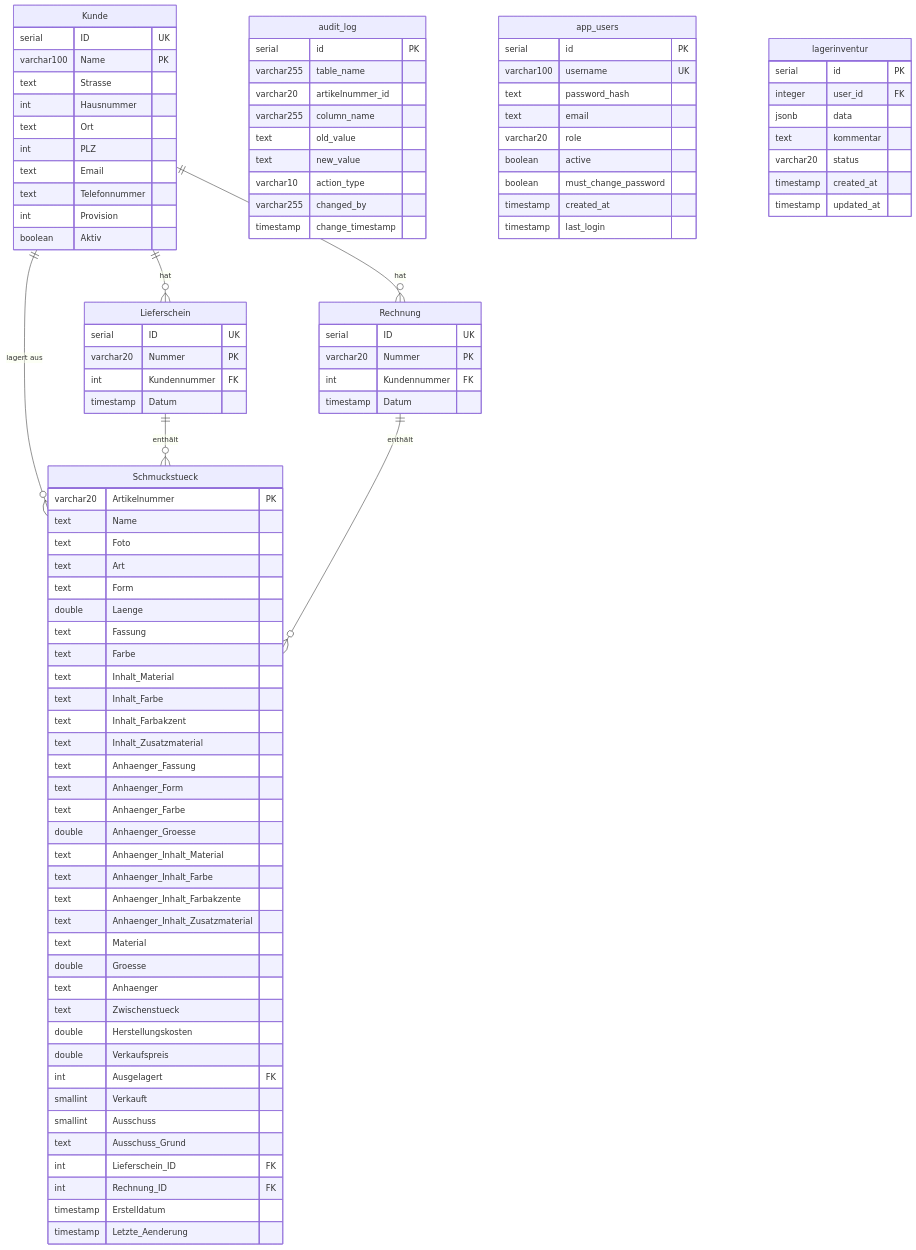
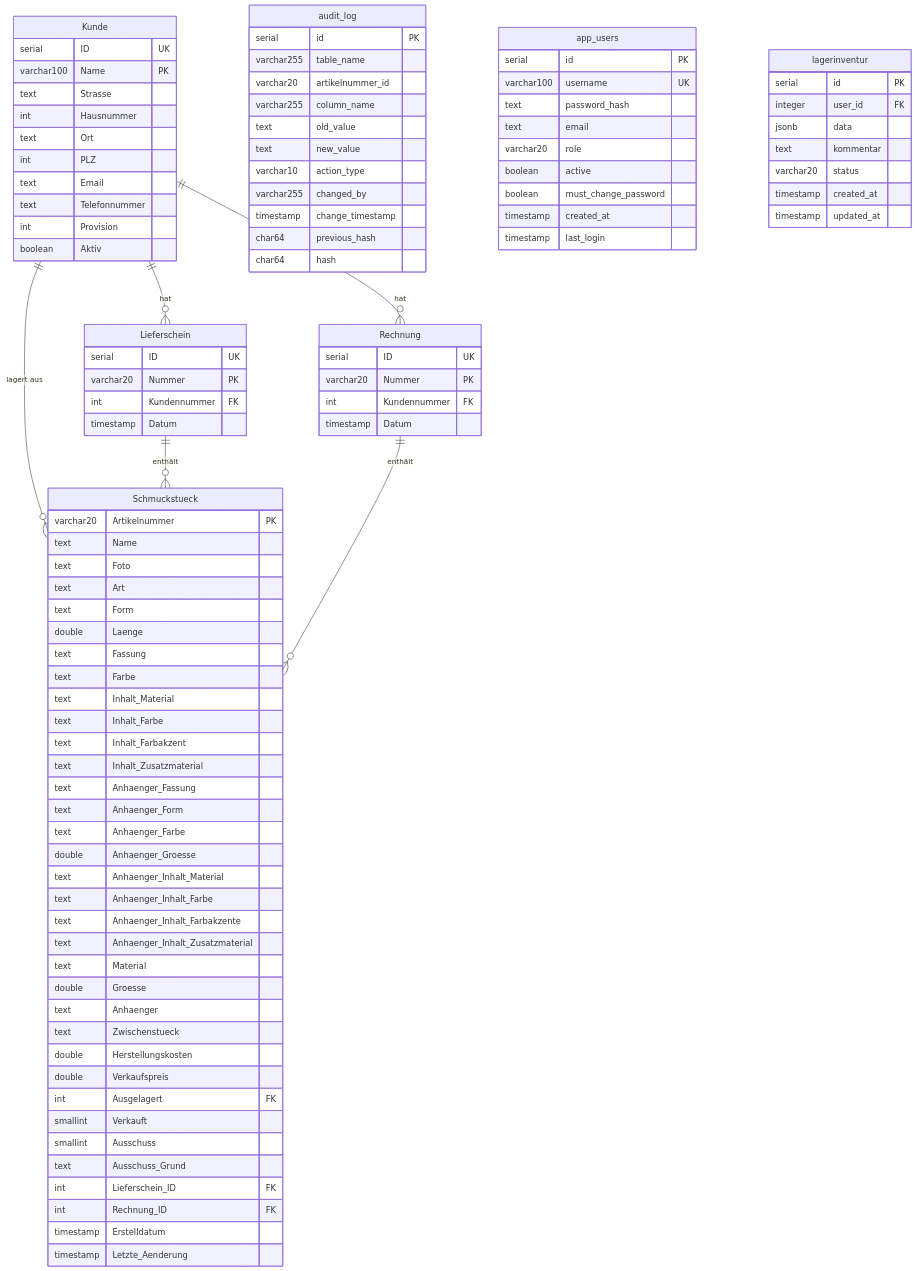
One commit to Revilo91/GoldRegenDB_Web changed the diagram in .github/copilot-instructions.md. Above: the diagram before and after it, drawn with Mermaid. The commit also changed other lines of this file and 6 other files, not shown here.

```diff
--- a/.github/copilot-instructions.md
+++ b/.github/copilot-instructions.md
@@ -93,6 +93,8 @@
         varchar10 action_type
         varchar255 changed_by
         timestamp change_timestamp
+        char64 previous_hash
+        char64 hash
     }
 
     app_users {
```
